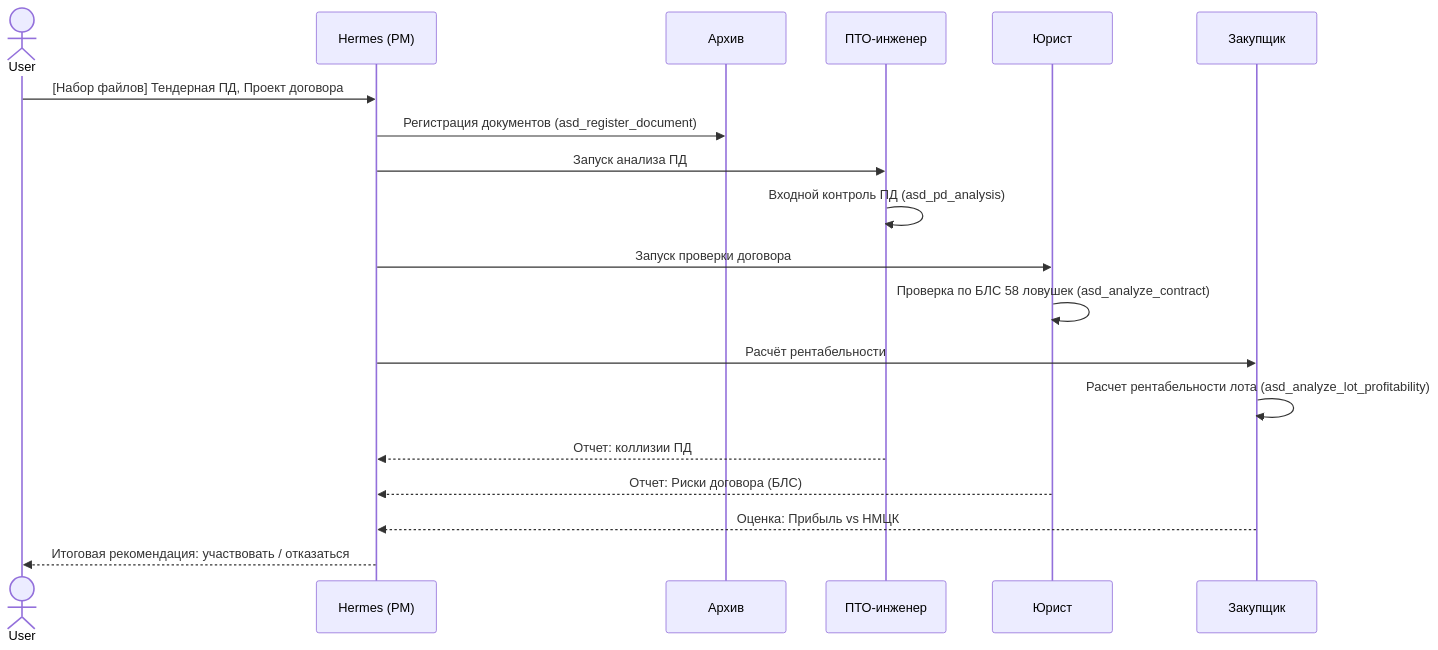
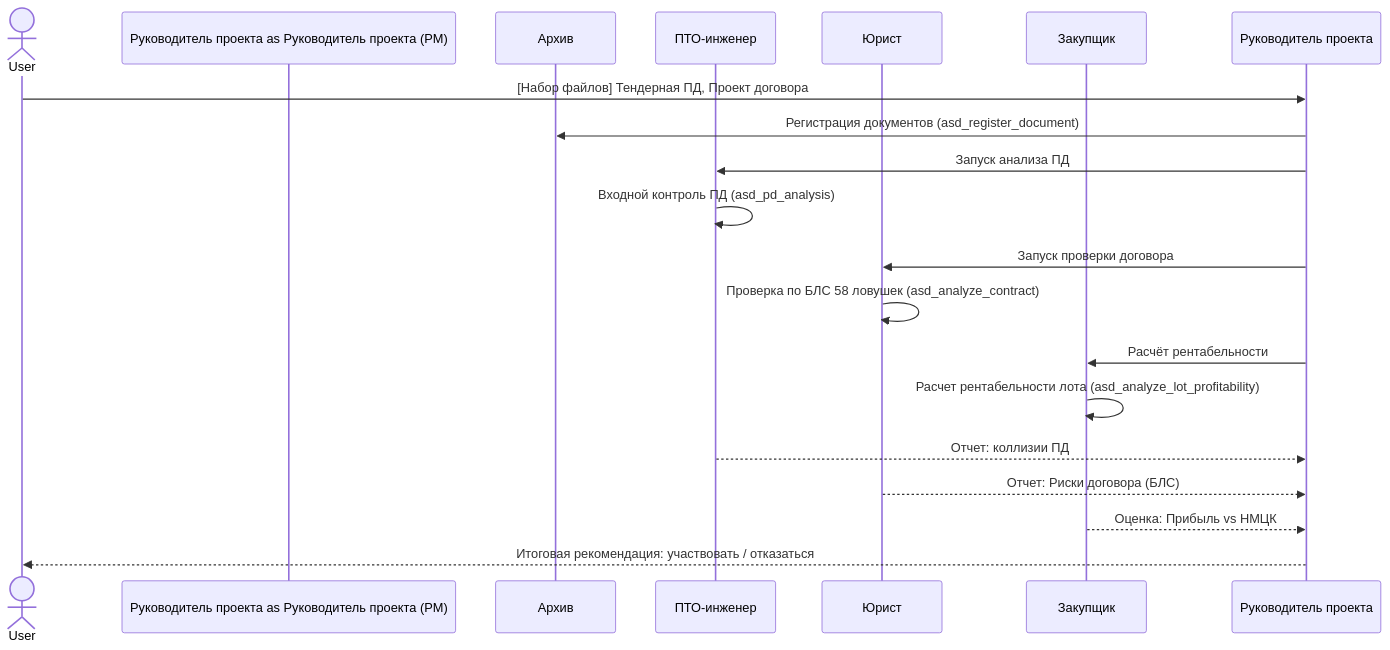
Before and after one commit to yamazaki1711/mac_asd: the first of 6 diagrams in docs/BUILDING_LIFECYCLE_WORKFLOW.md, drawn with Mermaid. The commit also changed other lines of this file and 56 other files, not shown here.

````diff
--- a/docs/BUILDING_LIFECYCLE_WORKFLOW.md
+++ b/docs/BUILDING_LIFECYCLE_WORKFLOW.md
@@ -25,22 +25,22 @@
 ```mermaid
 sequenceDiagram
     actor User
-    participant Hermes as Hermes (PM)
+    participant Руководитель проекта as Руководитель проекта (PM)
     participant Delo as Архив
     participant PTO as ПТО-инженер
     participant Jurist as Юрист
     participant Proc as Закупщик
 
-    User->>Hermes: [Набор файлов] Тендерная ПД, Проект договора
-    Hermes->>Delo: Регистрация документов (asd_register_document)
-    Hermes->>PTO: Запуск анализа ПД
+    User->>Руководитель проекта: [Набор файлов] Тендерная ПД, Проект договора
+    Руководитель проекта->>Delo: Регистрация документов (asd_register_document)
+    Руководитель проекта->>PTO: Запуск анализа ПД
     PTO->>PTO: Входной контроль ПД (asd_pd_analysis)
-    Hermes->>Jurist: Запуск проверки договора
+    Руководитель проекта->>Jurist: Запуск проверки договора
     Jurist->>Jurist: Проверка по БЛС 58 ловушек (asd_analyze_contract)
-    Hermes->>Proc: Расчёт рентабельности
+    Руководитель проекта->>Proc: Расчёт рентабельности
     Proc->>Proc: Расчет рентабельности лота (asd_analyze_lot_profitability)
-    PTO-->>Hermes: Отчет: коллизии ПД
-    Jurist-->>Hermes: Отчет: Риски договора (БЛС)
-    Proc-->>Hermes: Оценка: Прибыль vs НМЦК
-    Hermes-->>User: Итоговая рекомендация: участвовать / отказаться
+    PTO-->>Руководитель проекта: Отчет: коллизии ПД
+    Jurist-->>Руководитель проекта: Отчет: Риски договора (БЛС)
+    Proc-->>Руководитель проекта: Оценка: Прибыль vs НМЦК
+    Руководитель проекта-->>User: Итоговая рекомендация: участвовать / отказаться
 ```
````
